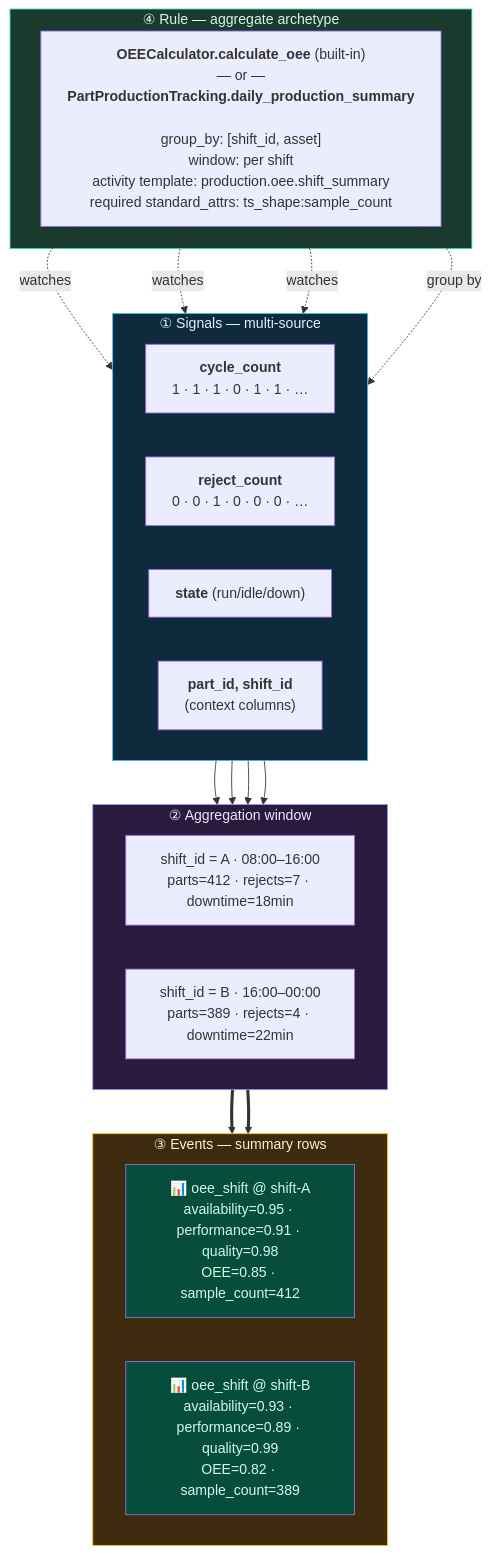
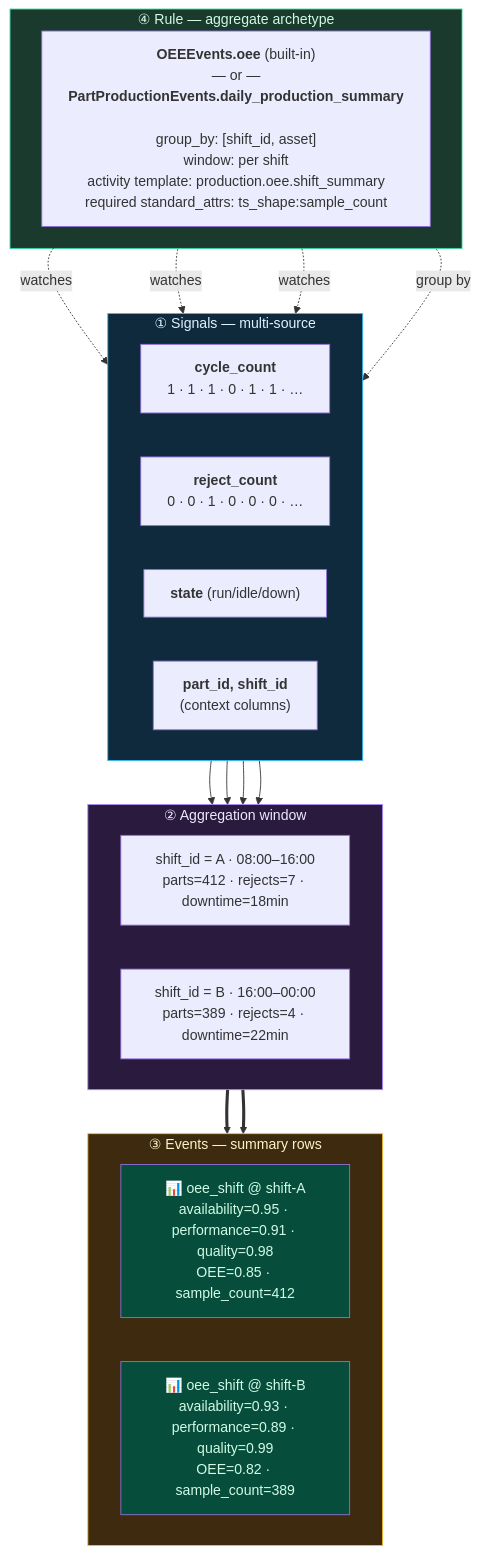
Before and after one commit to ts-shape/ts-shape: the third of 4 diagrams in docs/guides/event-handling-flow.md, drawn with Mermaid. The commit also changed other lines of this file and 136 other files, not shown here.

First line of the commit message:
One name per concept: Events classes, detect_/noun methods, deprecated aliases

````diff
--- a/docs/guides/event-handling-flow.md
+++ b/docs/guides/event-handling-flow.md
@@ -120,39 +120,39 @@
 ```mermaid
 flowchart TB
     subgraph SIG["① Signals — multi-source"]
         direction LR
         SC["<b>cycle_count</b><br/>1 · 1 · 1 · 0 · 1 · 1 · …"]
         SR["<b>reject_count</b><br/>0 · 0 · 1 · 0 · 0 · 0 · …"]
         SS["<b>state</b> (run/idle/down)"]
         SP["<b>part_id, shift_id</b><br/>(context columns)"]
     end
     subgraph AGG["② Aggregation window"]
         direction LR
         W1["shift_id = A · 08:00–16:00<br/>parts=412 · rejects=7 · downtime=18min"]
         W2["shift_id = B · 16:00–00:00<br/>parts=389 · rejects=4 · downtime=22min"]
     end
     subgraph EVT["③ Events — summary rows"]
         direction LR
         EW1["📊 oee_shift @ shift-A<br/>availability=0.95 · performance=0.91 · quality=0.98<br/>OEE=0.85 · sample_count=412"]
         EW2["📊 oee_shift @ shift-B<br/>availability=0.93 · performance=0.89 · quality=0.99<br/>OEE=0.82 · sample_count=389"]
     end
     subgraph RULE["④ Rule — aggregate archetype"]
-        R["<b>OEECalculator.calculate_oee</b> (built-in)<br/>— or —<br/><b>PartProductionTracking.daily_production_summary</b><br/><br/>group_by: [shift_id, asset]<br/>window: per shift<br/>activity template: production.oee.shift_summary<br/>required standard_attrs: ts_shape:sample_count"]
+        R["<b>OEEEvents.oee</b> (built-in)<br/>— or —<br/><b>PartProductionEvents.daily_production_summary</b><br/><br/>group_by: [shift_id, asset]<br/>window: per shift<br/>activity template: production.oee.shift_summary<br/>required standard_attrs: ts_shape:sample_count"]
     end
     R -.watches.-> SC
     R -.watches.-> SR
     R -.watches.-> SS
     R -.group by.-> SP
     SC --> W1
     SR --> W1
     SS --> W1
     SC --> W2
     W1 ==> EW1
     W2 ==> EW2
     style SIG fill:#0f2a3d,stroke:#38bdf8,color:#e0f2fe
     style AGG fill:#2a1a3d,stroke:#a78bfa,color:#ede9fe
     style EVT fill:#3d2a0f,stroke:#fbbf24,color:#fef3c7
     style RULE fill:#1a3a2e,stroke:#34d399,color:#d1fae5
     style EW1 fill:#064e3b,color:#d1fae5
     style EW2 fill:#064e3b,color:#d1fae5
 ```
````
